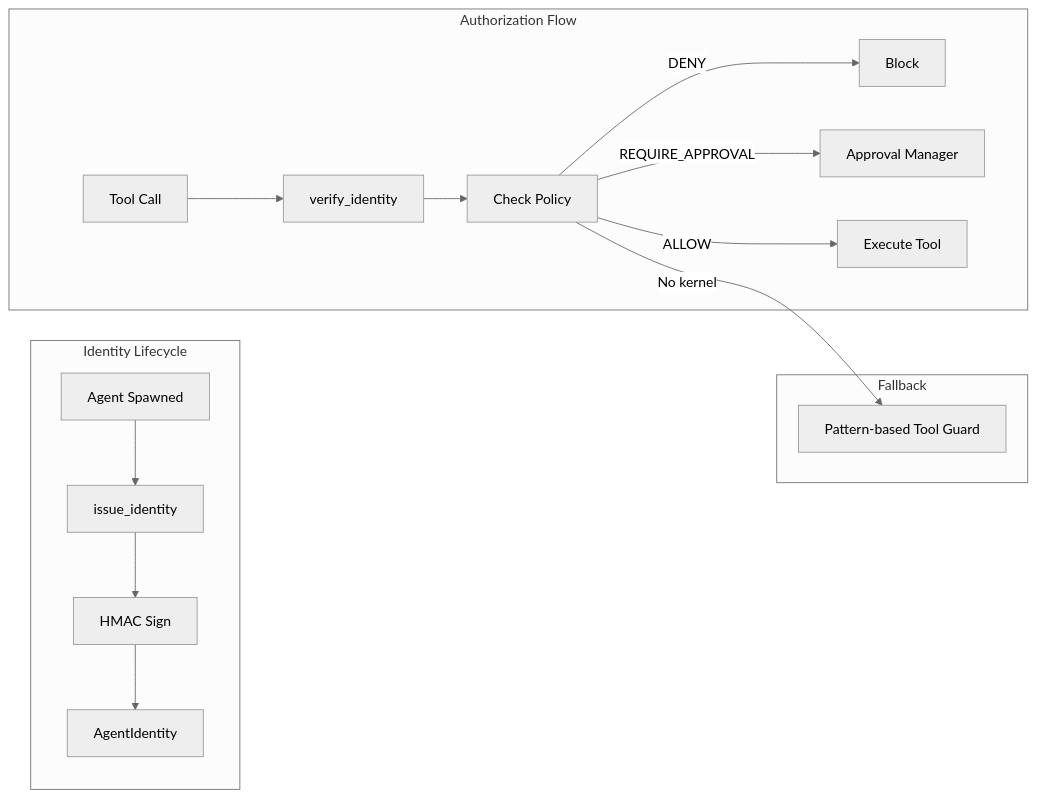
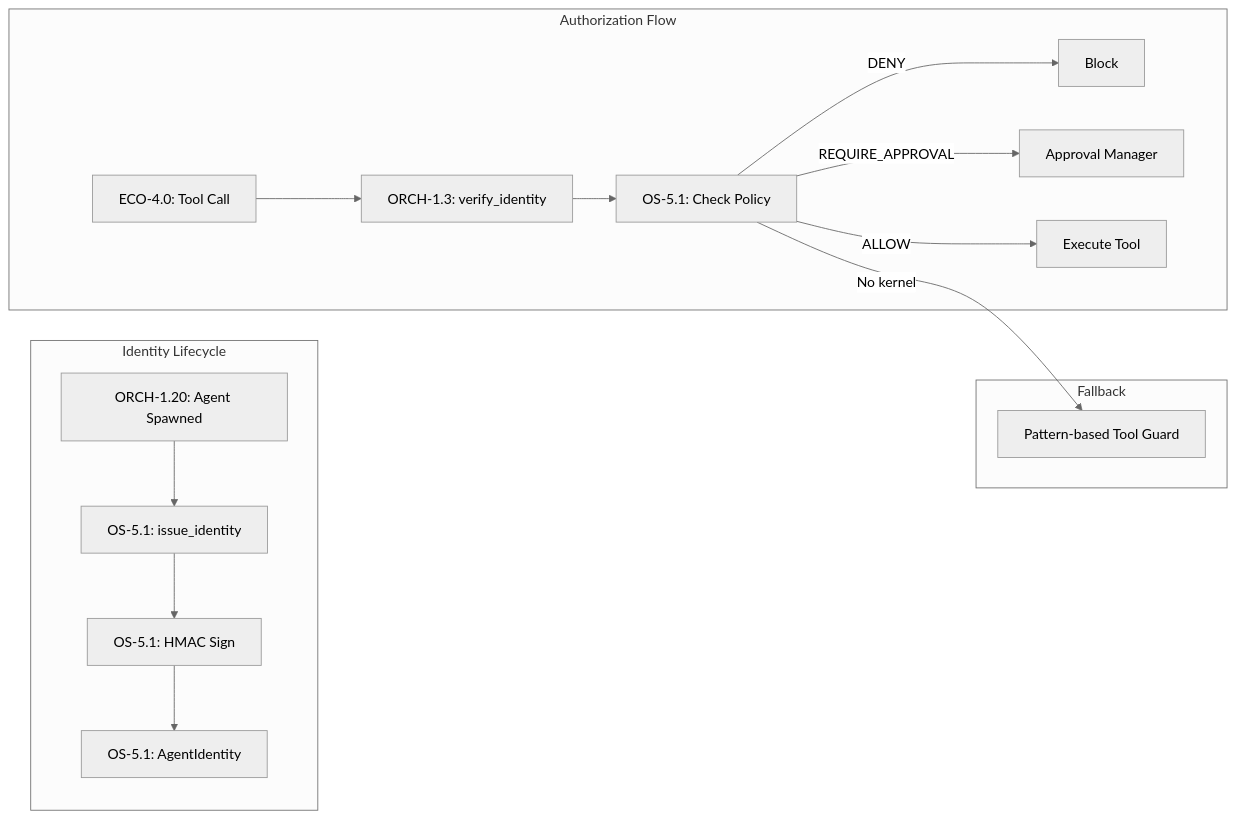
One commit to Knuckles-Team/agent-utilities changed the first of 2 diagrams in docs/guides/permissions-kernel.md. Above: the diagram before and after it, drawn with Mermaid (neutral theme). The commit also changed 325 other files, not shown here.

````diff
--- a/docs/guides/permissions-kernel.md
+++ b/docs/guides/permissions-kernel.md
@@ -13,20 +13,20 @@
 ```mermaid
 flowchart LR
     subgraph Identity Lifecycle
-        SPAWN[Agent Spawned] --> ISSUE[issue_identity]
-        ISSUE --> SIGN[HMAC Sign]
-        SIGN --> ID[AgentIdentity]
+        SPAWN[ORCH-1.20: Agent Spawned] --> ISSUE[OS-5.1: issue_identity]
+        ISSUE --> SIGN[OS-5.1: HMAC Sign]
+        SIGN --> ID[OS-5.1: AgentIdentity]
     end
 
     subgraph Authorization Flow
-        CALL[Tool Call] --> VERIFY[verify_identity]
-        VERIFY --> POLICY[Check Policy]
+        CALL[ECO-4.0: Tool Call] --> VERIFY[ORCH-1.3: verify_identity]
+        VERIFY --> POLICY[OS-5.1: Check Policy]
         POLICY --> |DENY| BLOCK[Block]
         POLICY --> |REQUIRE_APPROVAL| APPROVE[Approval Manager]
         POLICY --> |ALLOW| EXEC[Execute Tool]
     end
 
     subgraph Fallback
         POLICY --> |No kernel| GUARD[Pattern-based Tool Guard]
     end
 ```
````
